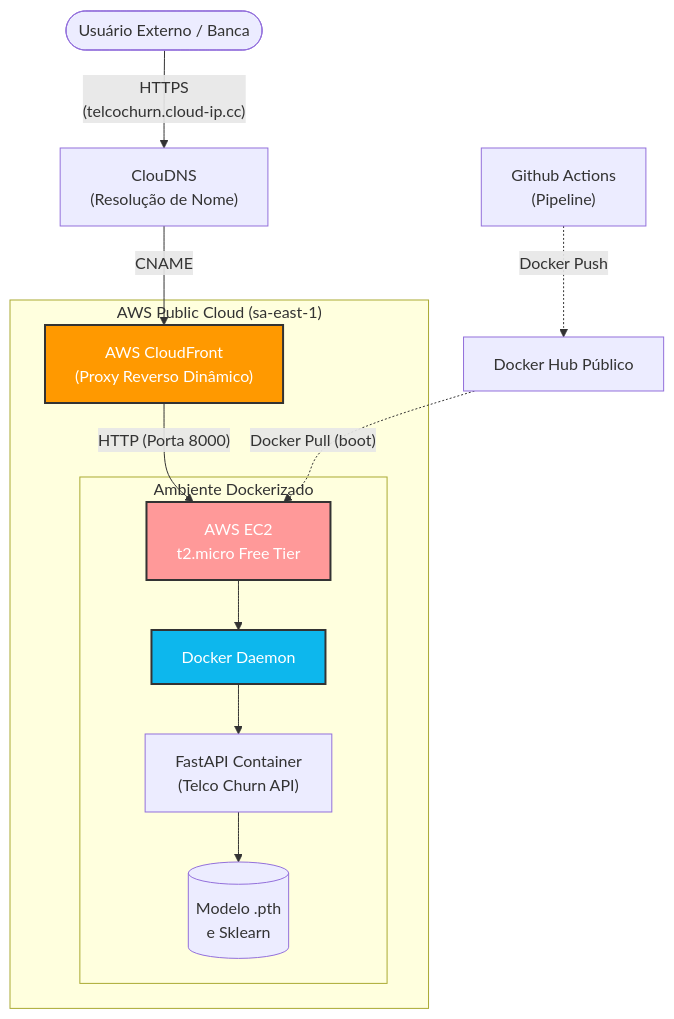
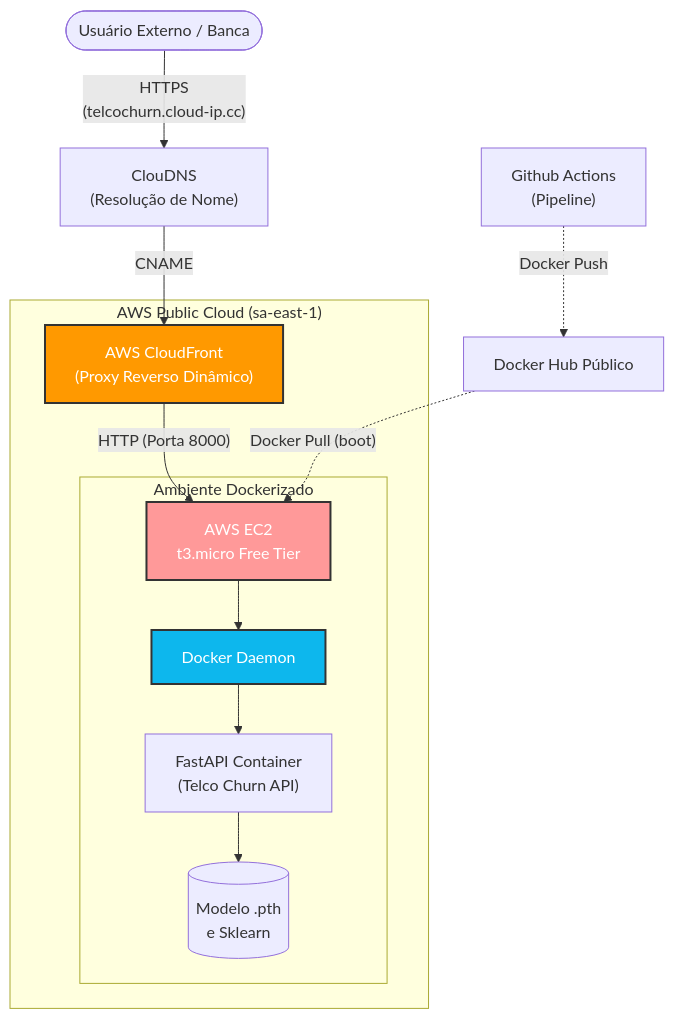
Before and after one commit to fiap-postech-9mlet-grupo85/tech-challenge-fase01: the diagram in docs/infrastructure.md, drawn with Mermaid.

Commit message:
docs: update infrastructure diagram to reflect EC2 instance type change to t3.micro

````diff
--- a/docs/infrastructure.md
+++ b/docs/infrastructure.md
@@ -7,22 +7,22 @@
 ```mermaid
 flowchart TD
     User(["Usuário Externo / Banca"]) -->|"HTTPS\n(telcochurn.cloud-ip.cc)"| DNS["ClouDNS\n(Resolução de Nome)"]
     DNS -->|"CNAME"| CF["AWS CloudFront\n(Proxy Reverso Dinâmico)"]
     
     subgraph "AWS Public Cloud (sa-east-1)"
-        CF -->|"HTTP (Porta 8000)"| EC2["AWS EC2\nt2.micro Free Tier"]
+        CF -->|"HTTP (Porta 8000)"| EC2["AWS EC2\nt3.micro Free Tier"]
         
         subgraph "Ambiente Dockerizado"
             EC2 --> Docker["Docker Daemon"]
             Docker --> FastAPI["FastAPI Container\n(Telco Churn API)"]
             FastAPI --> Model[("Modelo .pth\ne Sklearn")]
         end
     end
     
     GH["Github Actions\n(Pipeline)"] -.->|"Docker Push"| DH["Docker Hub Público"]
     DH -.->|"Docker Pull (boot)"| EC2
     
     style CF fill:#f90,stroke:#333,stroke-width:2px,color:#fff
     style EC2 fill:#f99,stroke:#333,stroke-width:2px,color:#fff
     style Docker fill:#0db7ed,stroke:#333,stroke-width:2px,color:#fff
 ```
````
